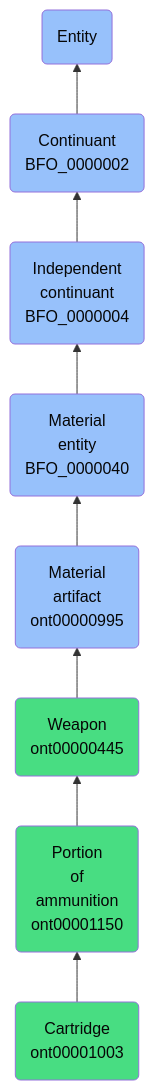
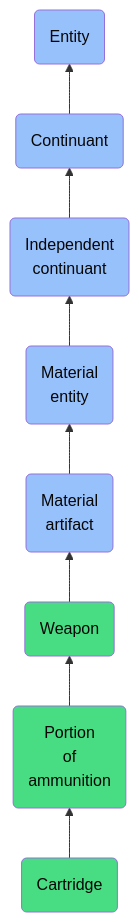
The diagram in docs/ontology/reference/model/Entity/Continuant/Independent continuant/Material entity/Material artifact/Weapon/Portion of ammunition/Cartridge/Cartridge.md (jupyter-naas/abi), drawn with Mermaid before and after one commit. The commit also changed other lines of this file and 1430 other files, not shown here.

````diff
--- a/docs/ontology/reference/model/Entity/Continuant/Independent continuant/Material entity/Material artifact/Weapon/Portion of ammunition/Cartridge/Cartridge.md
+++ b/docs/ontology/reference/model/Entity/Continuant/Independent continuant/Material entity/Material artifact/Weapon/Portion of ammunition/Cartridge/Cartridge.md
@@ -24,15 +24,15 @@
 ```mermaid
 graph BT
-    ont00001003(Cartridge<br>ont00001003):::ABI-->ont00001150
-    ont00001150(Portion<br>of<br>ammunition<br>ont00001150):::ABI-->ont00000445
-    ont00000445(Weapon<br>ont00000445):::ABI-->ont00000995
-    ont00000995(Material<br>artifact<br>ont00000995):::BFO-->BFO_0000040
-    BFO_0000040(Material<br>entity<br>BFO_0000040):::BFO-->BFO_0000004
-    BFO_0000004(Independent<br>continuant<br>BFO_0000004):::BFO-->BFO_0000002
-    BFO_0000002(Continuant<br>BFO_0000002):::BFO-->BFO_0000001
+    ont00001003(Cartridge):::ABI-->ont00001150
+    ont00001150(Portion<br>of<br>ammunition):::ABI-->ont00000445
+    ont00000445(Weapon):::ABI-->ont00000995
+    ont00000995(Material<br>artifact):::BFO-->BFO_0000040
+    BFO_0000040(Material<br>entity):::BFO-->BFO_0000004
+    BFO_0000004(Independent<br>continuant):::BFO-->BFO_0000002
+    BFO_0000002(Continuant):::BFO-->BFO_0000001
     BFO_0000001(Entity):::BFO
     
     classDef BFO fill:#97c1fb,color:#060606
     classDef CCO fill:#e4c51e,color:#060606
     classDef ABI fill:#48DD82,color:#060606
 ```
````
